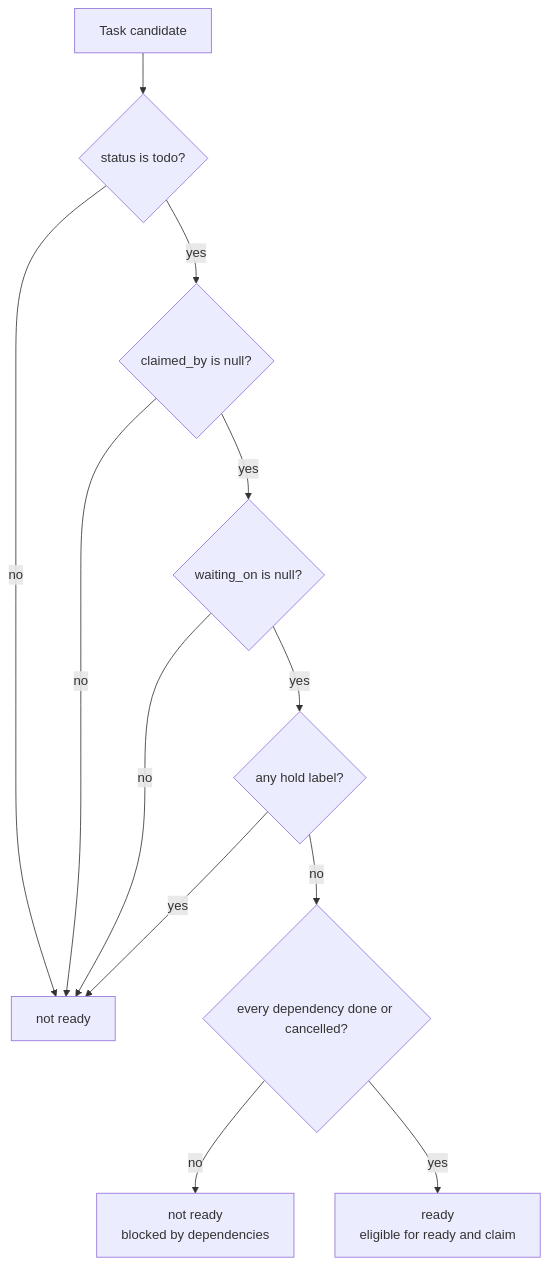
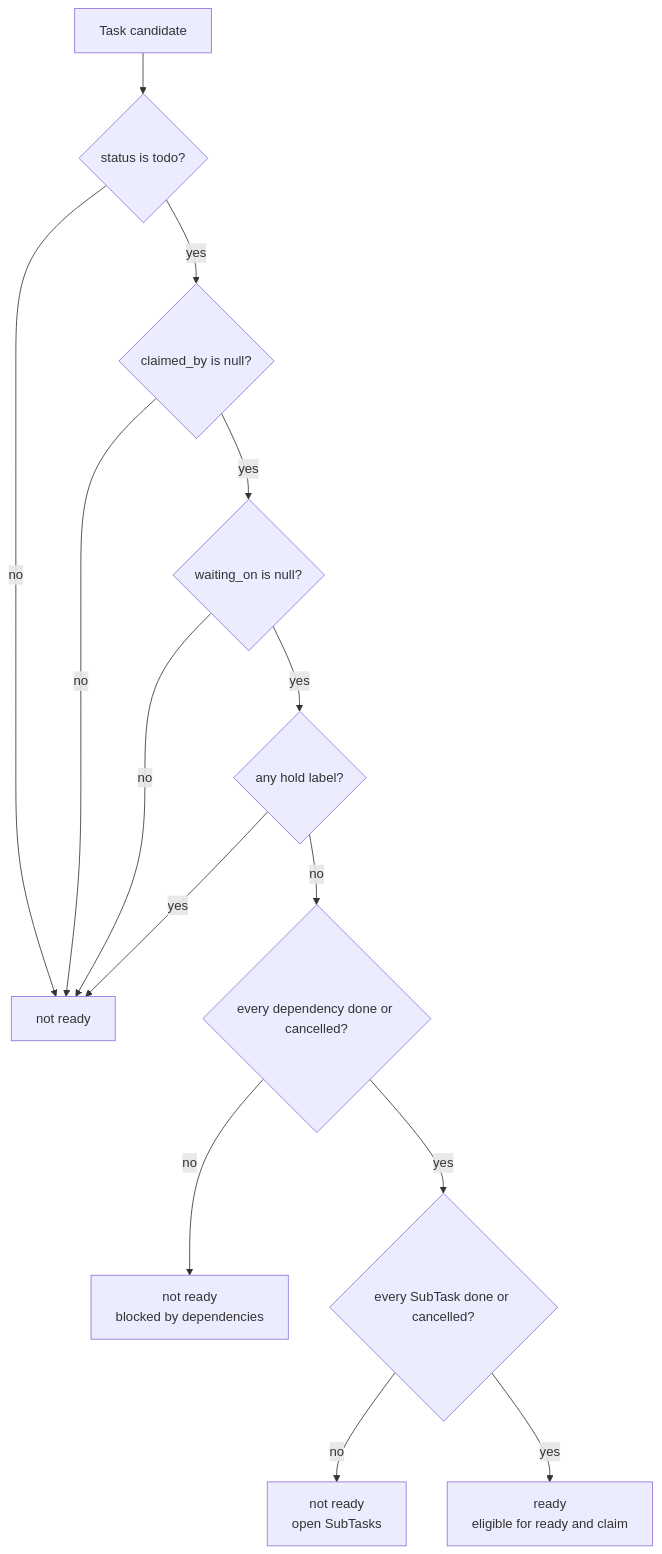
One commit to rcmendes/orbit changed the fifth of 12 diagrams in docs/ARCHITECTURE.md. Above: the diagram before and after it, drawn with Mermaid. The commit also changed other lines of this file and 25 other files, not shown here.

First line of the commit message:
feat: add workspaces, SubTasks, scoped queues, and export

````diff
--- a/docs/ARCHITECTURE.md
+++ b/docs/ARCHITECTURE.md
@@ -299,14 +303,16 @@
 ```mermaid
 flowchart TD
     TASK["Task candidate"] --> STATUS{"status is todo?"}
     STATUS -->|no| NOTREADY["not ready"]
     STATUS -->|yes| CLAIMED{"claimed_by is null?"}
     CLAIMED -->|no| NOTREADY
     CLAIMED -->|yes| WAITING{"waiting_on is null?"}
     WAITING -->|no| NOTREADY
     WAITING -->|yes| HELD{"any hold label?"}
     HELD -->|yes| NOTREADY
     HELD -->|no| DEPS{"every dependency done or cancelled?"}
     DEPS -->|no| BLOCKED["not ready<br/>blocked by dependencies"]
-    DEPS -->|yes| READY["ready<br/>eligible for ready and claim"]
+    DEPS -->|yes| SUBTASKS{"every SubTask done or cancelled?"}
+    SUBTASKS -->|no| SUBTASKSOPEN["not ready<br/>open SubTasks"]
+    SUBTASKS -->|yes| READY["ready<br/>eligible for ready and claim"]
 ```
````
